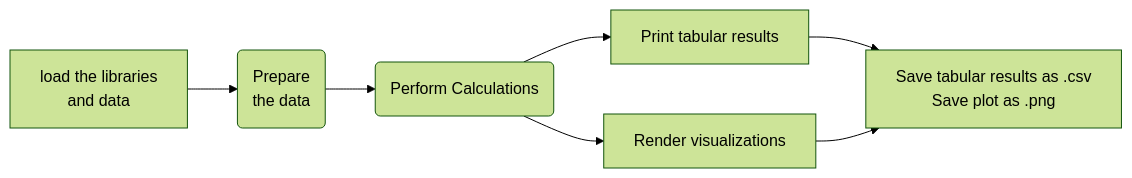
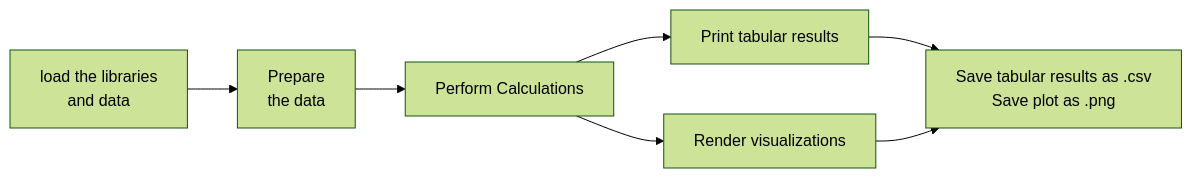
The diagram in analysis.qmd (erwinlares/dockerfile-from-quarto), drawn with Mermaid (forest theme) before and after one commit. The commit also changed other lines of this file, not shown here.

````diff
--- a/analysis.qmd
+++ b/analysis.qmd
@@ -54,11 +53,11 @@
 ```{mermaid}
 %%| label: fig-mermaid
 %%| fig-cap: "Analysis workflow "
 flowchart LR
-  A[load the libraries <br>and data] --> B(Prepare <br>the data)
-  B --> C(Perform Calculations)
+  A[load the libraries <br>and data] --> B[Prepare <br>the data]
+  B --> C[Perform Calculations]
   C --> D[Print tabular results]
   C --> E[Render visualizations]
   D -->F[Save tabular results as .csv<br>Save plot as .png]
   E -->F
 ```
````
